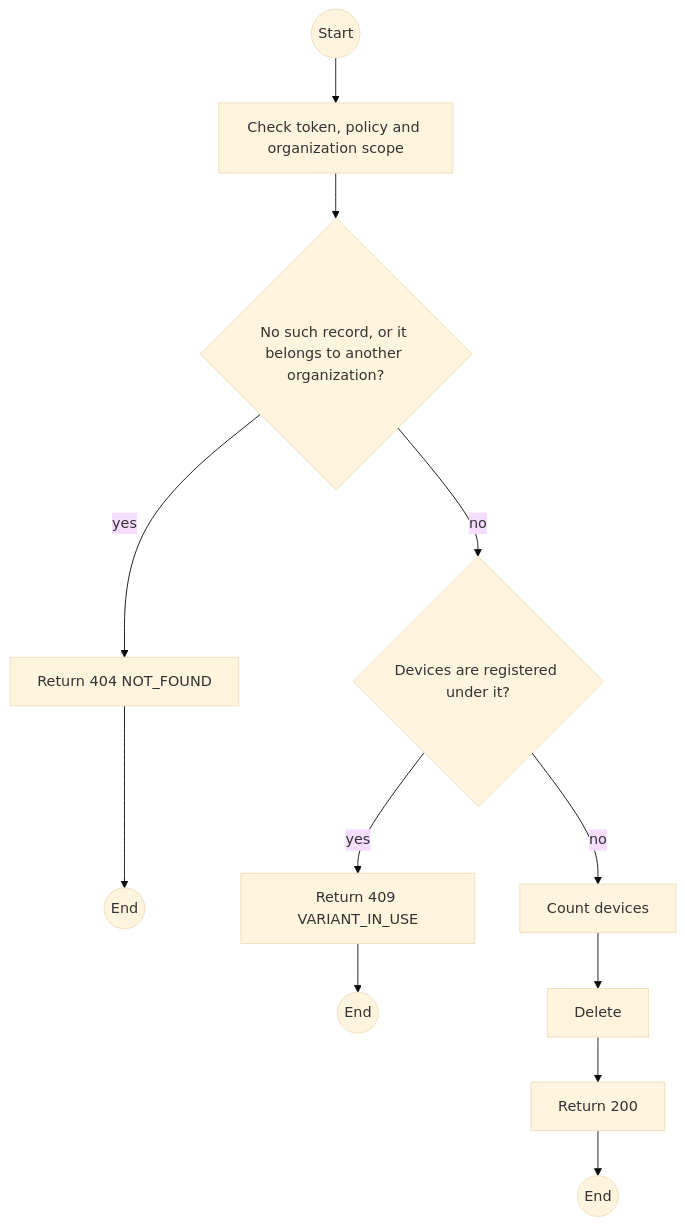
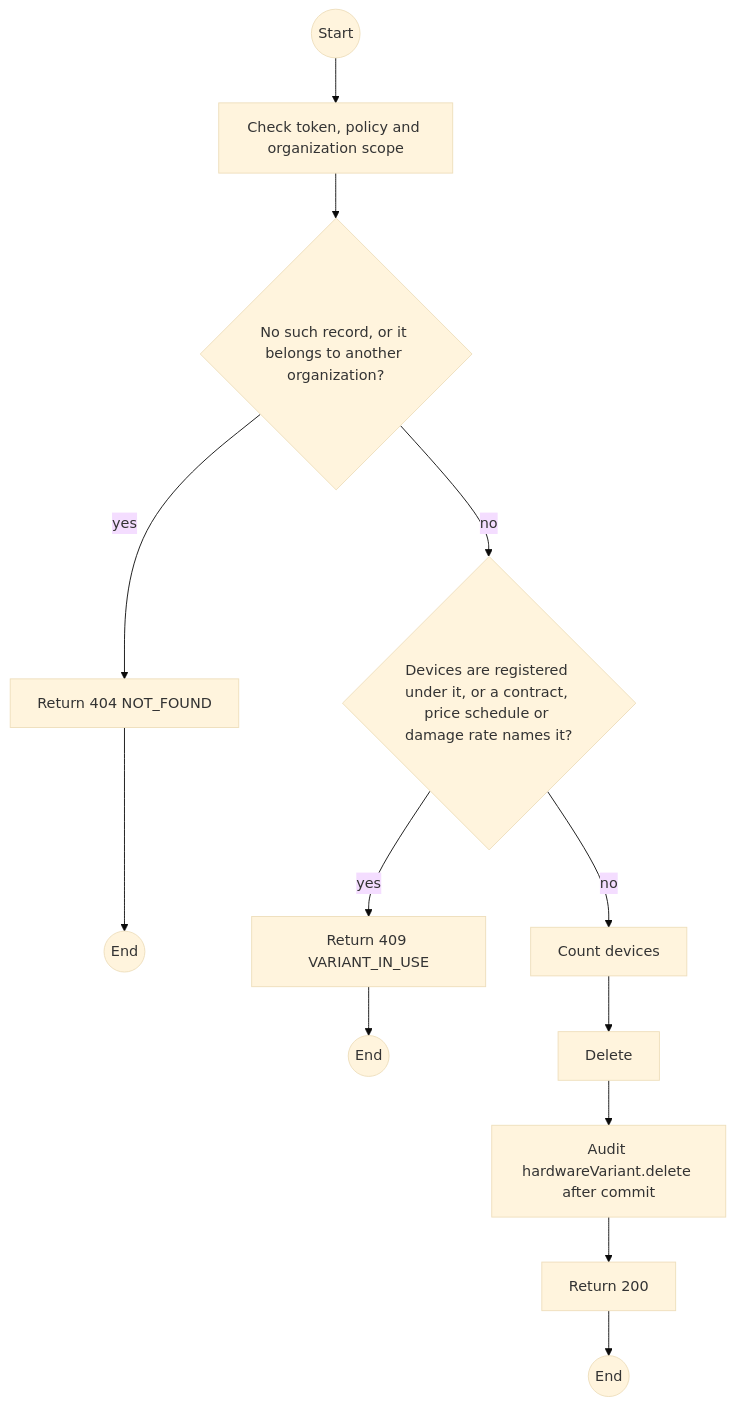
Before and after one commit to TrekLink-Team/treklink-web: the first of 2 diagrams in specs/devices/api-design/04-delete-hardware-variants-id.md, drawn with Mermaid (base theme). The commit also changed other lines of this file and 9 other files, not shown here.

````diff
--- a/specs/devices/api-design/04-delete-hardware-variants-id.md
+++ b/specs/devices/api-design/04-delete-hardware-variants-id.md
@@ -121,23 +121,25 @@
 ```mermaid
 flowchart TB
     S((Start))
     A0["Check token, policy and organization scope"]
     S --> A0
     D1{"No such record, or it belongs to another organization?"}
     A0 --> D1
     E1["Return 404 NOT_FOUND"]
     D1 -->|yes| E1
     E1 --> X1((End))
-    D2{"Devices are registered under it?"}
+    D2{"Devices are registered under it, or a contract, price schedule or damage rate names it?"}
     D1 -->|no| D2
     E2["Return 409 VARIANT_IN_USE"]
     D2 -->|yes| E2
     E2 --> X2((End))
     P0["Count devices"]
     D2 -->|no| P0
     P1["Delete"]
     P0 --> P1
+    P2["Audit hardwareVariant.delete after commit"]
+    P1 --> P2
     OK["Return 200"]
-    P1 --> OK
+    P2 --> OK
     OK --> Z((End))
 ```
````
